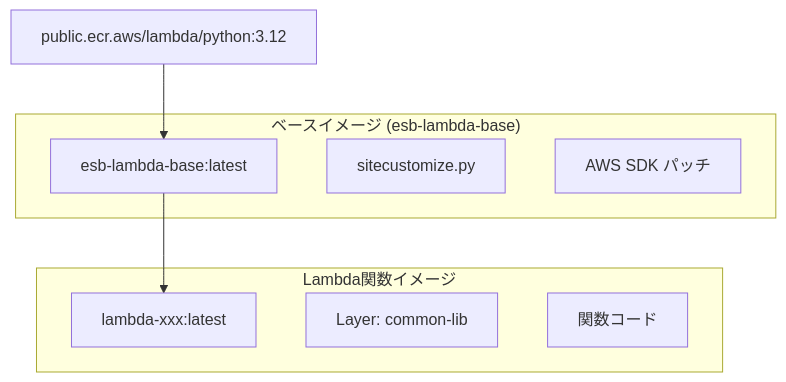
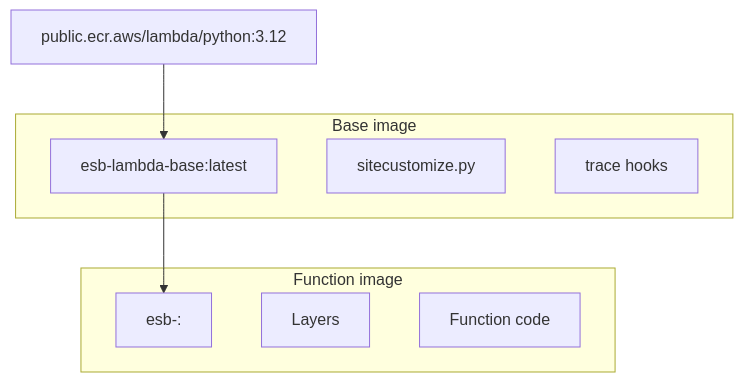
Before and after one commit to poruru-code/esb-cli: the first of 3 diagrams in docs/container-management.md, drawn with Mermaid. The commit also changed other lines of this file and 10 other files, not shown here.

````diff
--- a/docs/container-management.md
+++ b/docs/container-management.md
@@ -15,17 +18,17 @@
 ```mermaid
 flowchart TD
     A[public.ecr.aws/lambda/python:3.12] --> B[esb-lambda-base:latest]
-    B --> C[lambda-xxx:latest]
+    B --> C[esb-<function>:<tag>]
 
-    subgraph Base["ベースイメージ (esb-lambda-base)"]
+    subgraph Base["Base image"]
         B
         B1[sitecustomize.py]
-        B2[AWS SDK パッチ]
+        B2[trace hooks]
     end
 
-    subgraph Function["Lambda関数イメージ"]
+    subgraph Function["Function image"]
         C
-        C1[Layer: common-lib]
-        C2[関数コード]
+        C1[Layers]
+        C2[Function code]
     end
 ```
````
